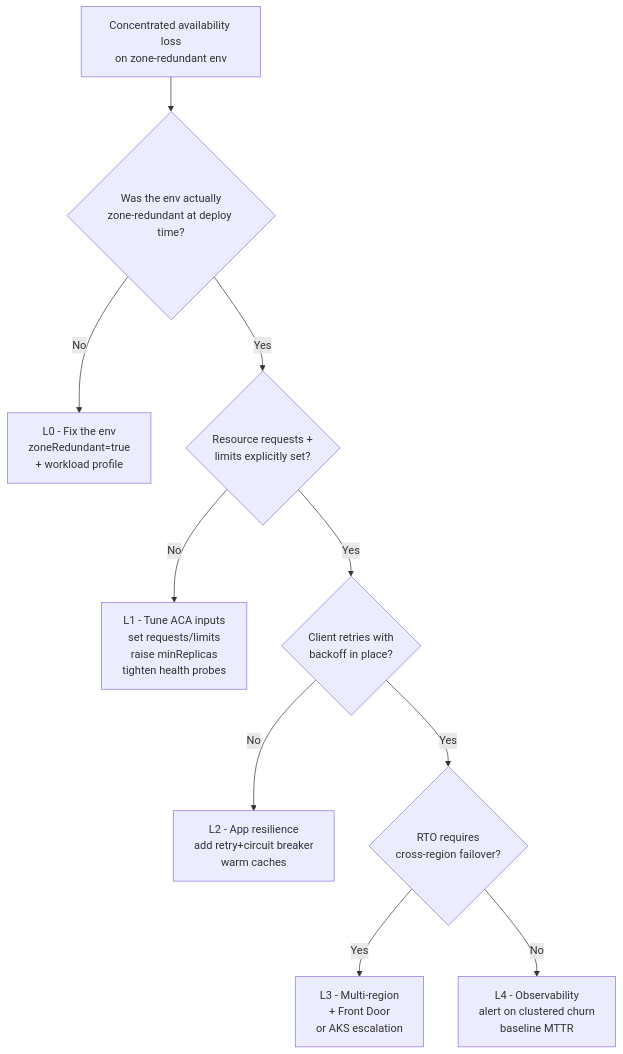
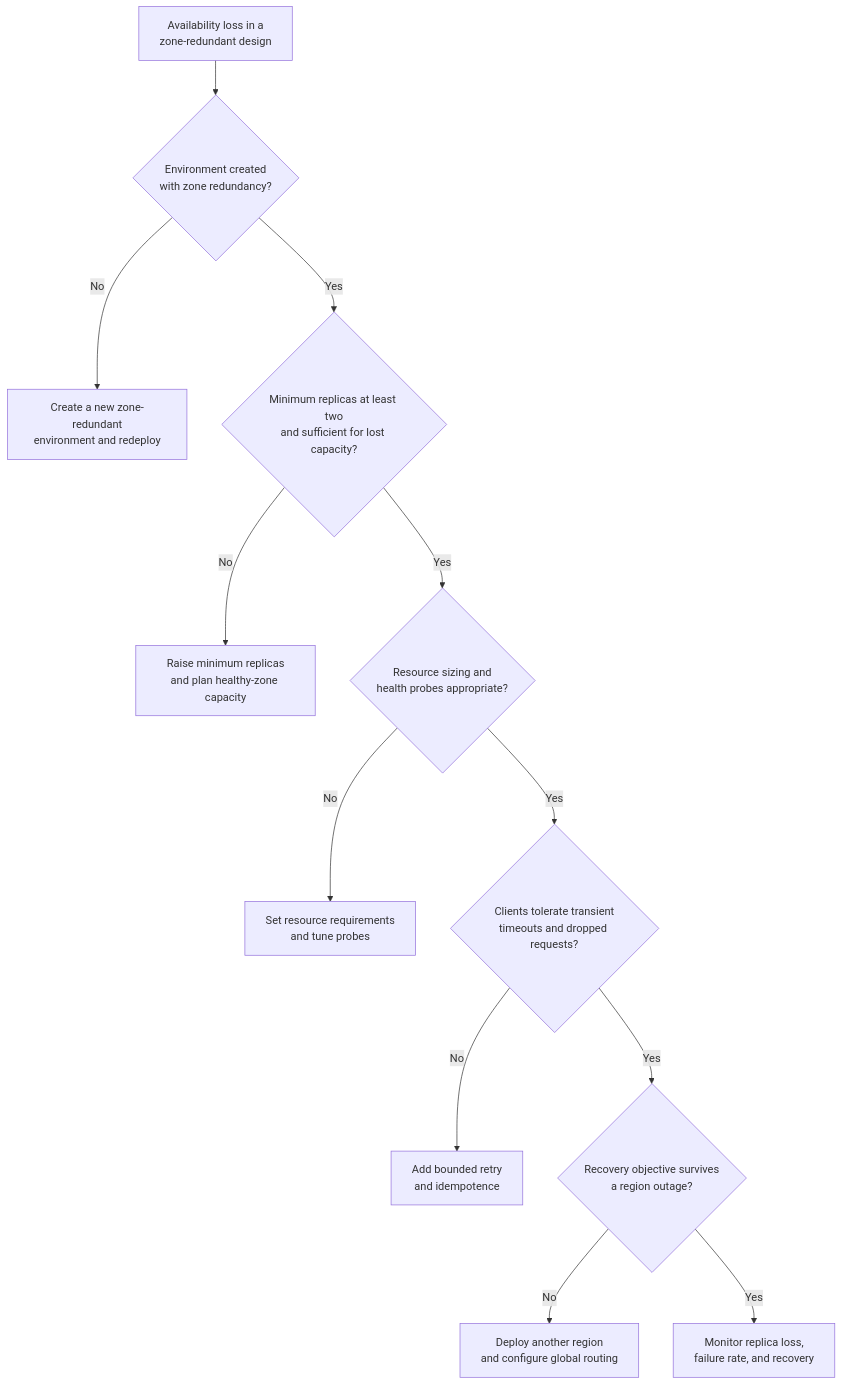
The diagram in docs/troubleshooting/playbooks/platform-features/zone-redundancy-best-effort.md (yeongseon/azure-container-apps-practical-guide), drawn with Mermaid before and after one commit. The commit also changed other lines of this file and 28 other files, not shown here.

Commit message:
docs(diagrams): migrate playbook diagnostic flows (#627)

````diff
--- a/docs/troubleshooting/playbooks/platform-features/zone-redundancy-best-effort.md
+++ b/docs/troubleshooting/playbooks/platform-features/zone-redundancy-best-effort.md
@@ -50,12 +50,17 @@
 ```mermaid
 flowchart TD
-    A[Concentrated availability loss<br/>on zone-redundant env] --> B{Was the env actually<br/>zone-redundant at deploy time?}
-    B -->|No| C[L0 - Fix the env<br/>zoneRedundant=true<br/>+ workload profile]
-    B -->|Yes| D{Resource requests +<br/>limits explicitly set?}
-    D -->|No| E[L1 - Tune ACA inputs<br/>set requests/limits<br/>raise minReplicas<br/>tighten health probes]
-    D -->|Yes| F{Client retries with<br/>backoff in place?}
-    F -->|No| G[L2 - App resilience<br/>add retry+circuit breaker<br/>warm caches]
-    F -->|Yes| H{RTO requires<br/>cross-region failover?}
-    H -->|Yes| I[L3 - Multi-region<br/>+ Front Door<br/>or AKS escalation]
-    H -->|No| J[L4 - Observability<br/>alert on clustered churn<br/>baseline MTTR]
+    accTitle: Choose the next reliability layer after a zone-related incident
+    accDescr: Verify zone redundancy and minimum replicas, then validate resource sizing, probes, client resilience, and whether the recovery objective requires a separate regional deployment.
+
+    START[Availability loss in a<br/>zone-redundant design] --> ENABLED{Environment created<br/>with zone redundancy?}
+    ENABLED -->|No| MIGRATE[Create a new zone-redundant<br/>environment and redeploy]
+    ENABLED -->|Yes| MINIMUM{Minimum replicas at least two<br/>and sufficient for lost capacity?}
+    MINIMUM -->|No| CAPACITY[Raise minimum replicas<br/>and plan healthy-zone capacity]
+    MINIMUM -->|Yes| INPUTS{Resource sizing and<br/>health probes appropriate?}
+    INPUTS -->|No| TUNE[Set resource requirements<br/>and tune probes]
+    INPUTS -->|Yes| RETRIES{Clients tolerate transient<br/>timeouts and dropped requests?}
+    RETRIES -->|No| RESILIENCE[Add bounded retry<br/>and idempotence]
+    RETRIES -->|Yes| REGION{Recovery objective survives<br/>a region outage?}
+    REGION -->|No| MULTIREGION[Deploy another region<br/>and configure global routing]
+    REGION -->|Yes| MONITOR[Monitor replica loss,<br/>failure rate, and recovery]
 ```
````
